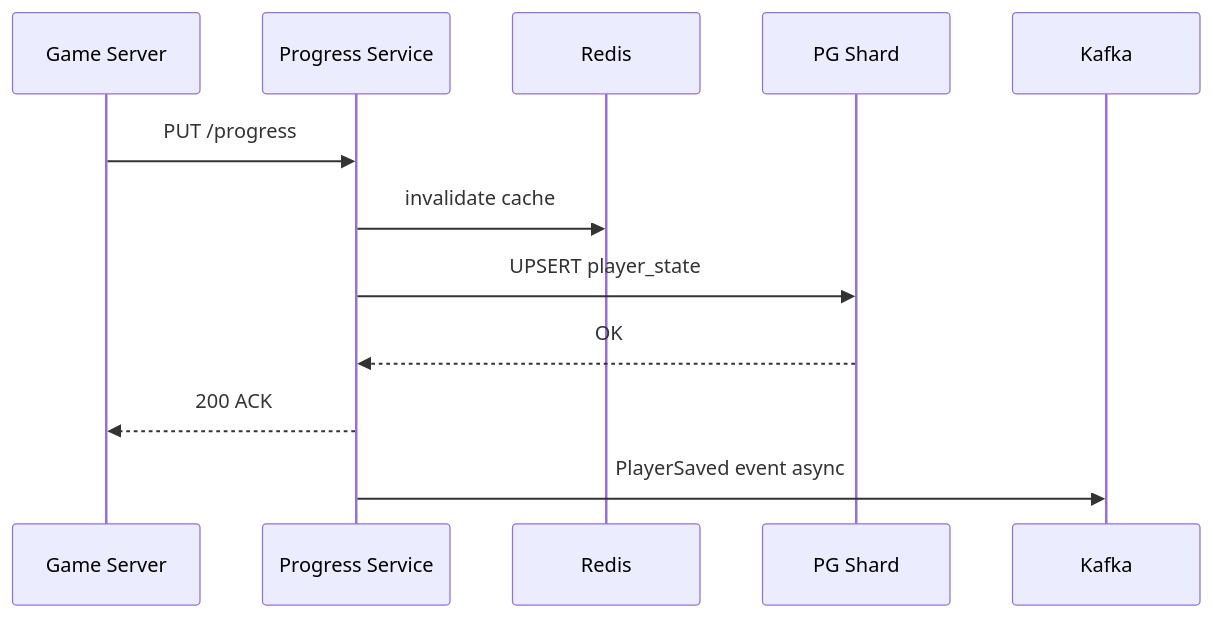
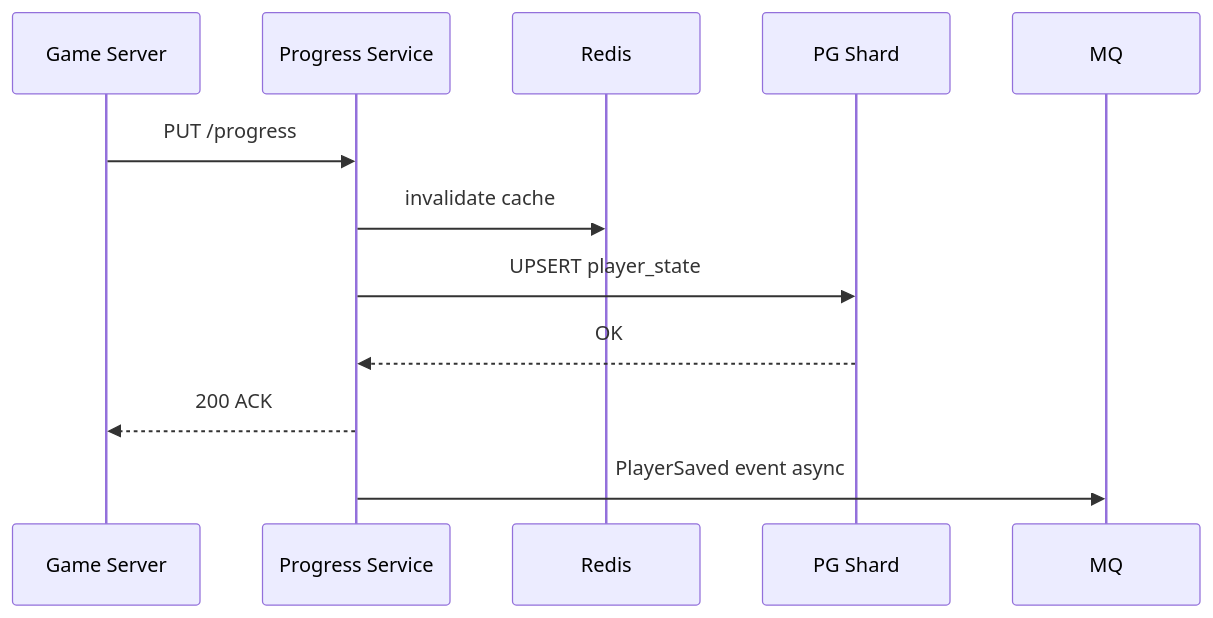
One commit to Mr-Radion/system-design-interview changed the second of 2 diagrams in examples/open-world-mobile-game.md. Above: the diagram before and after it, drawn with Mermaid. The commit also changed other lines of this file and 11 other files, not shown here.

````diff
--- a/examples/open-world-mobile-game.md
+++ b/examples/open-world-mobile-game.md
@@ -172,14 +171,14 @@
 ```mermaid
 sequenceDiagram
     participant GS as Game Server
     participant P as Progress Service
     participant R as Redis
     participant DB as PG Shard
 
     GS->>P: PUT /progress
     P->>R: invalidate cache
     P->>DB: UPSERT player_state
     DB-->>P: OK
     P-->>GS: 200 ACK
-    P->>Kafka: PlayerSaved event async
+    P->>MQ: PlayerSaved event async
 ```
````
